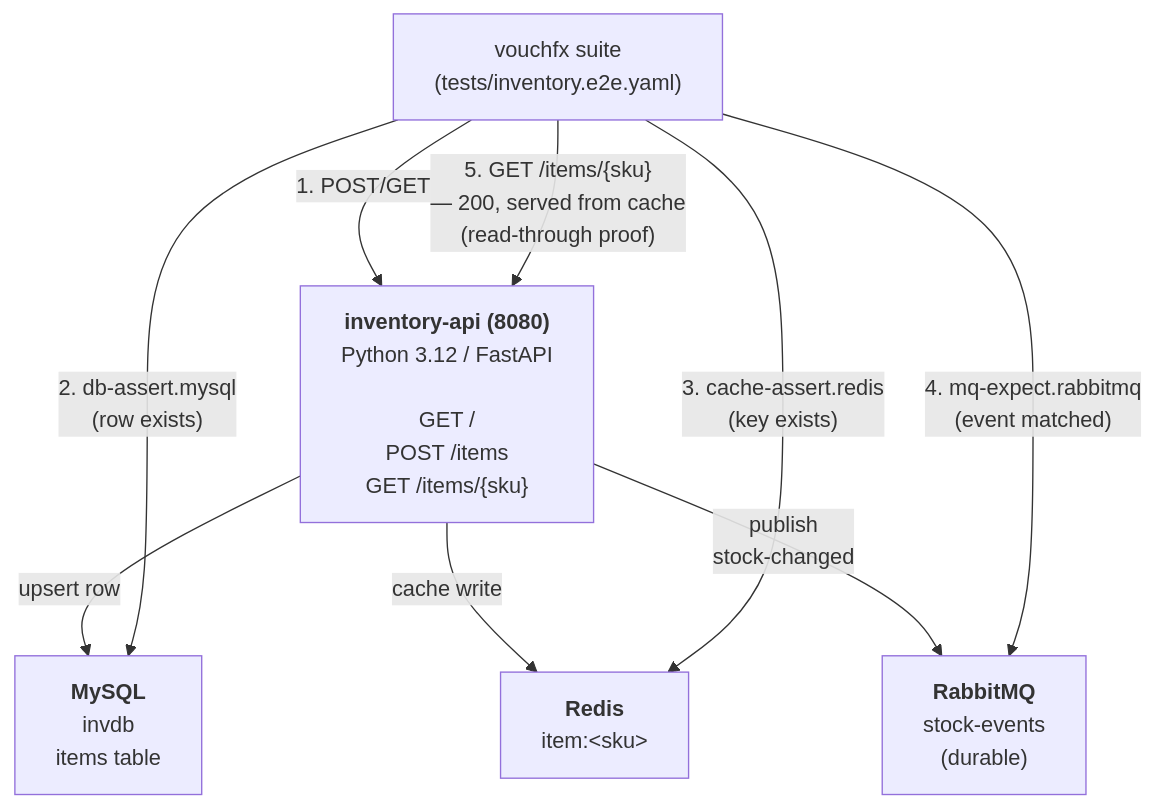
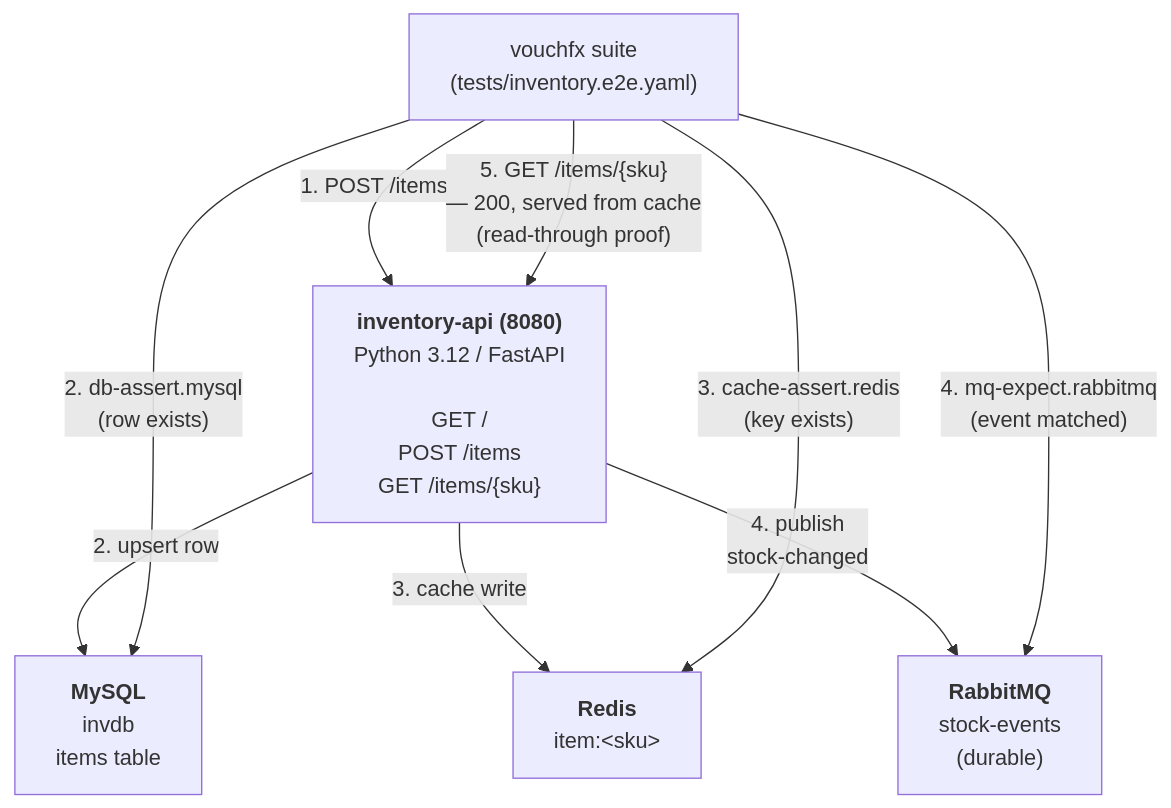
One commit to tomas-rampas/vouchfx-samples changed the diagram in samples/inventory-python/README.md. Above: the diagram before and after it, drawn with Mermaid. The commit also changed 3 other files, not shown here.

First line of the commit message:
docs: resolve review findings — one numbering convention across the four diagrams

````diff
--- a/samples/inventory-python/README.md
+++ b/samples/inventory-python/README.md
@@ -27,18 +27,18 @@
 ```mermaid
 flowchart TB
     Suite["vouchfx suite<br/>(tests/inventory.e2e.yaml)"]
-    API["<b>inventory-api (8080)</b><br/>Python 3.12 / FastAPI<br/><br/>GET  /<br/>POST /items<br/>GET  /items/{sku}"]
+    API["<b>inventory-api (8080)</b><br/>Python 3.12 / FastAPI<br/><br/>GET /<br/>POST /items<br/>GET  /items/{sku}"]
     
-    Suite -->|"1. POST/GET"| API
+    Suite -->|"1. POST /items"| API
     
-    API -->|"upsert row"| MySQL["<b>MySQL</b><br/>invdb<br/>items table"]
+    API -->|"2. upsert row"| MySQL["<b>MySQL</b><br/>invdb<br/>items table"]
     Suite -->|"2. db-assert.mysql<br/>(row exists)"| MySQL
     
-    API -->|"cache write"| Redis["<b>Redis</b><br/>item:&lt;sku&gt;"]
+    API -->|"3. cache write"| Redis["<b>Redis</b><br/>item:&lt;sku&gt;"]
     Suite -->|"3. cache-assert.redis<br/>(key exists)"| Redis
     
-    API -->|"publish<br/>stock-changed"| RabbitMQ["<b>RabbitMQ</b><br/>stock-events<br/>(durable)"]
+    API -->|"4. publish<br/>stock-changed"| RabbitMQ["<b>RabbitMQ</b><br/>stock-events<br/>(durable)"]
     Suite -->|"4. mq-expect.rabbitmq<br/>(event matched)"| RabbitMQ
     
     Suite -->|"5. GET /items/{sku}<br/>— 200, served from cache<br/>(read-through proof)"| API
 ```
````
